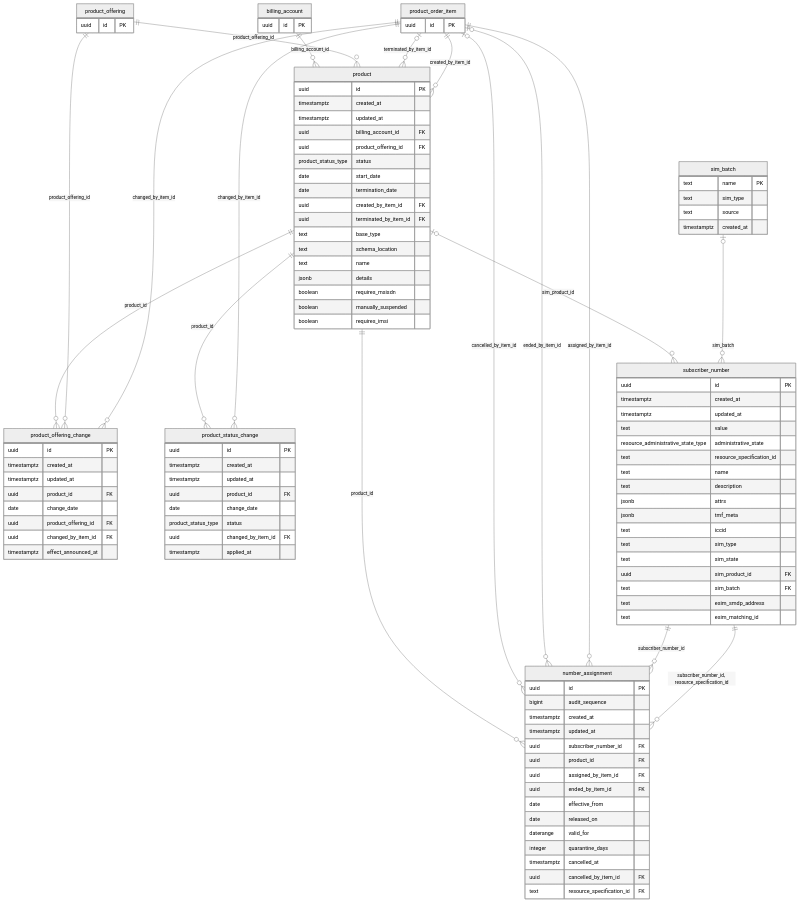
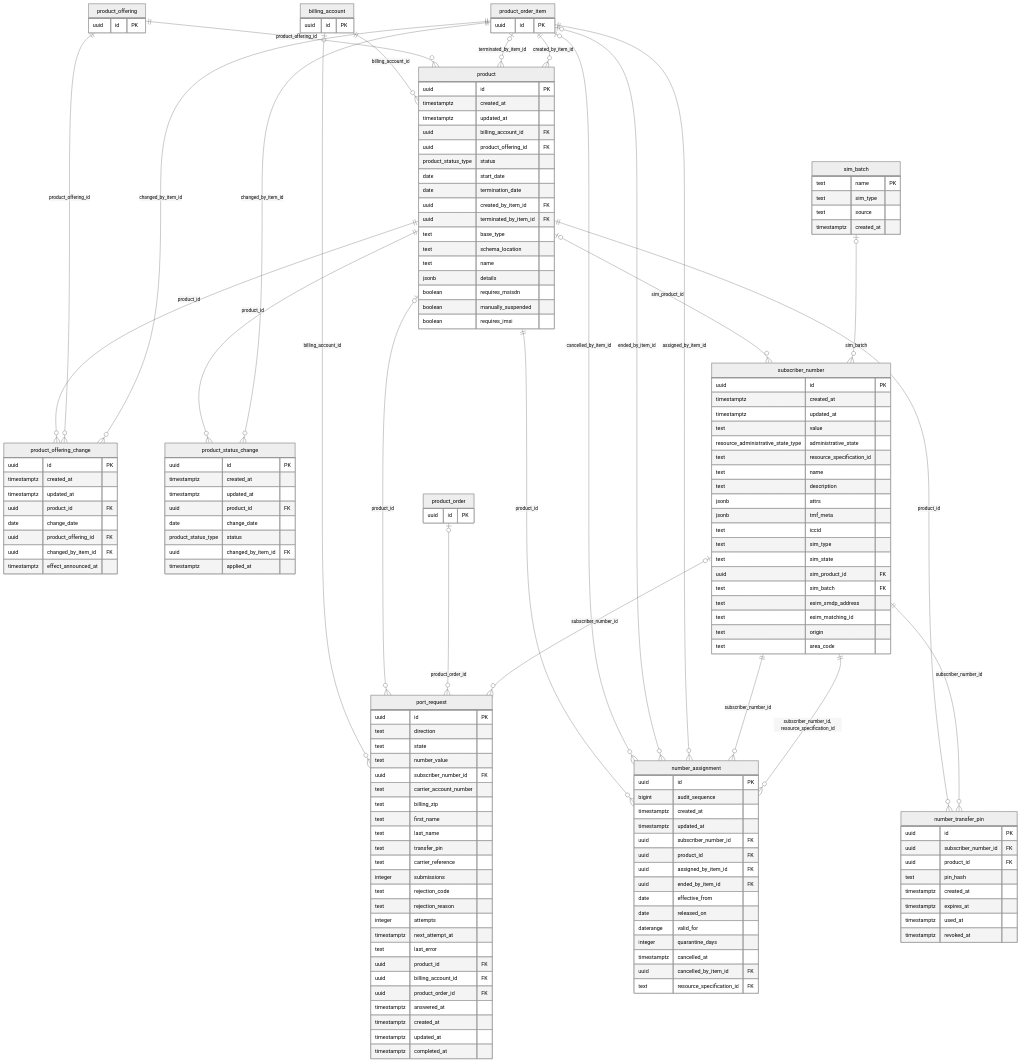
One commit to altharmz/bss changed the fifth of 9 diagrams in docs/db/README.md. Above: the diagram before and after it, drawn with Mermaid (neutral theme). The commit also changed other lines of this file and 33 other files, not shown here.

First line of the commit message:
Add carrier number pools, port-in and port-out with Number Transfer PINs (Fixes #189) (#215)

````diff
--- a/docs/db/README.md
+++ b/docs/db/README.md
@@ -642,6 +652,8 @@
     text sim_batch FK
     text esim_smdp_address
     text esim_matching_id
+    text origin
+    text area_code
   }
   number_assignment {
     uuid id PK
@@ -666,6 +678,42 @@
     text source
     timestamptz created_at
   }
+  port_request {
+    uuid id PK
+    text direction
+    text state
+    text number_value
+    uuid subscriber_number_id FK
+    text carrier_account_number
+    text billing_zip
+    text first_name
+    text last_name
+    text transfer_pin
+    text carrier_reference
+    integer submissions
+    text rejection_code
+    text rejection_reason
+    integer attempts
+    timestamptz next_attempt_at
+    text last_error
+    uuid product_id FK
+    uuid billing_account_id FK
+    uuid product_order_id FK
+    timestamptz answered_at
+    timestamptz created_at
+    timestamptz updated_at
+    timestamptz completed_at
+  }
+  number_transfer_pin {
+    uuid id PK
+    uuid subscriber_number_id FK
+    uuid product_id FK
+    text pin_hash
+    timestamptz created_at
+    timestamptz expires_at
+    timestamptz used_at
+    timestamptz revoked_at
+  }
   billing_account {
     uuid id PK
   }
@@ -675,13 +723,20 @@
   product_offering {
     uuid id PK
   }
+  product_order {
+    uuid id PK
+  }
+  billing_account |o--o{ port_request : "billing_account_id"
   billing_account ||--o{ product : "billing_account_id"
+  product |o--o{ port_request : "product_id"
   product |o--o{ subscriber_number : "sim_product_id"
   product ||--o{ number_assignment : "product_id"
+  product ||--o{ number_transfer_pin : "product_id"
   product ||--o{ product_offering_change : "product_id"
   product ||--o{ product_status_change : "product_id"
   product_offering ||--o{ product : "product_offering_id"
   product_offering ||--o{ product_offering_change : "product_offering_id"
+  product_order |o--o{ port_request : "product_order_id"
   product_order_item |o--o{ number_assignment : "cancelled_by_item_id"
   product_order_item |o--o{ number_assignment : "ended_by_item_id"
   product_order_item |o--o{ product : "terminated_by_item_id"
@@ -690,6 +745,8 @@
   product_order_item ||--o{ product_offering_change : "changed_by_item_id"
   product_order_item ||--o{ product_status_change : "changed_by_item_id"
   sim_batch |o--o{ subscriber_number : "sim_batch"
+  subscriber_number |o--o{ port_request : "subscriber_number_id"
   subscriber_number ||--o{ number_assignment : "subscriber_number_id"
   subscriber_number ||--o{ number_assignment : "subscriber_number_id, resource_specification_id"
+  subscriber_number ||--o{ number_transfer_pin : "subscriber_number_id"
 ```
````
